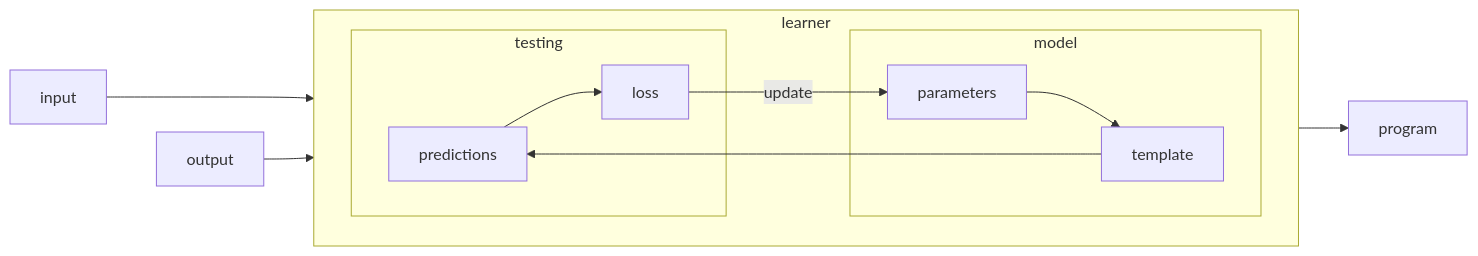
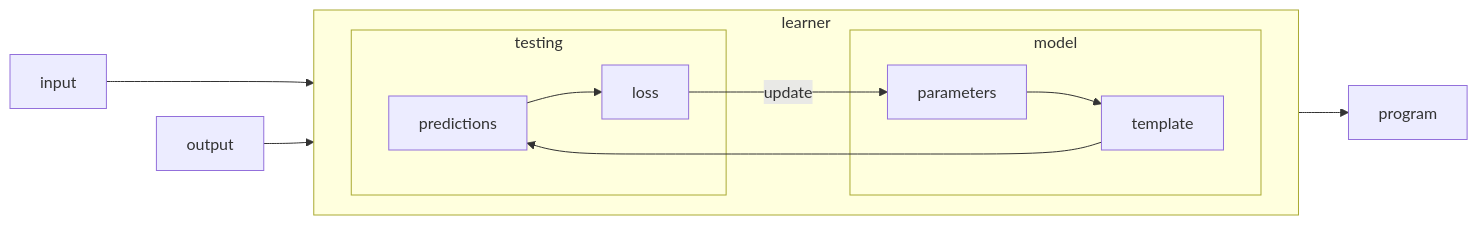
The third of 3 diagrams in _posts/2023-08-16-rivoluzione.md (nicoladerric/nicoladerric.github.io), drawn with Mermaid before and after one commit.

````diff
--- a/_posts/2023-08-16-rivoluzione.md
+++ b/_posts/2023-08-16-rivoluzione.md
@@ -53,17 +53,16 @@
 ```mermaid
 flowchart LR;
     input ---> template;
     subgraph learner
         direction LR
-        model ~~~ testing;
         subgraph model
         parameters --> template;
         end
         subgraph testing
         template --> predictions --> loss;
         end
         loss --> |update|parameters;
     end
     output --> loss;
     learner --> program
 ```
````
